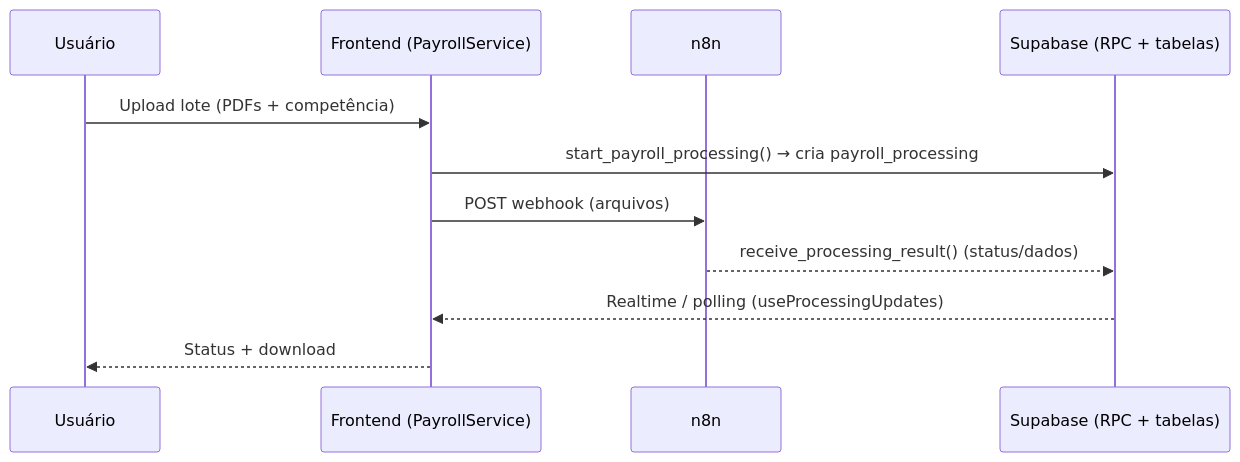
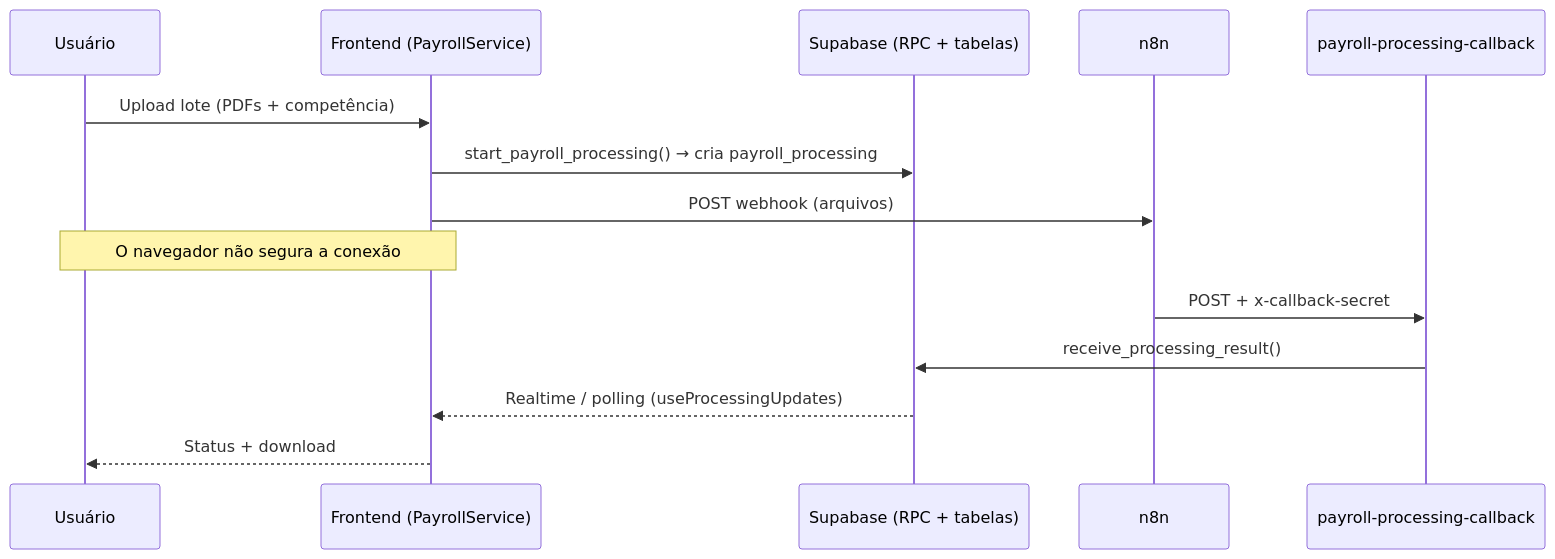
One commit to afelipedev/app-e7aicenter changed the third of 8 diagrams in docs/Documentacao_Final_Tecnica.md. Above: the diagram before and after it, drawn with Mermaid. The commit also changed other lines of this file and 38 other files, not shown here.

````diff
--- a/docs/Documentacao_Final_Tecnica.md
+++ b/docs/Documentacao_Final_Tecnica.md
@@ -294,13 +315,16 @@
 ```mermaid
 sequenceDiagram
     participant U as Usuário
     participant FE as Frontend (PayrollService)
+    participant DB as Supabase (RPC + tabelas)
     participant N as n8n
-    participant DB as Supabase (RPC + tabelas)
+    participant CB as payroll-processing-callback
     U->>FE: Upload lote (PDFs + competência)
     FE->>DB: start_payroll_processing() → cria payroll_processing
     FE->>N: POST webhook (arquivos)
-    N-->>DB: receive_processing_result() (status/dados)
+    Note over U,FE: O navegador não segura a conexão
+    N->>CB: POST + x-callback-secret
+    CB->>DB: receive_processing_result()
     DB-->>FE: Realtime / polling (useProcessingUpdates)
     FE-->>U: Status + download
 ```
````
